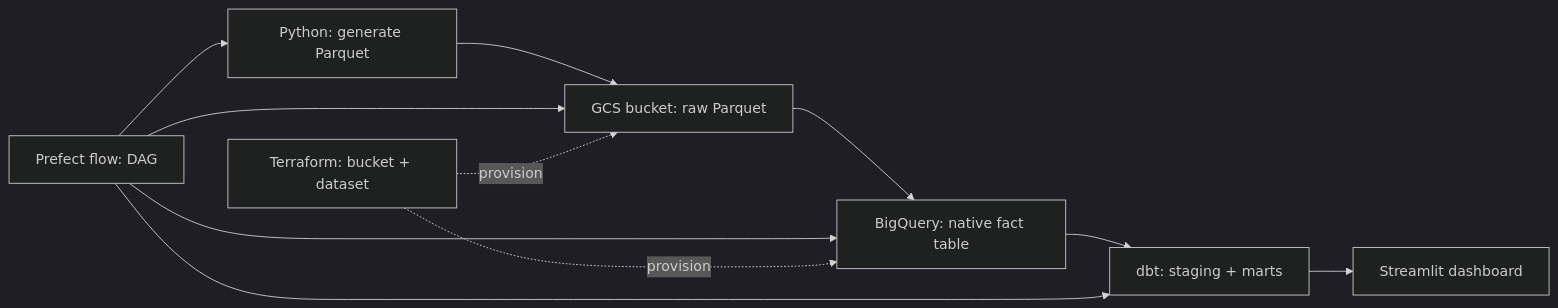
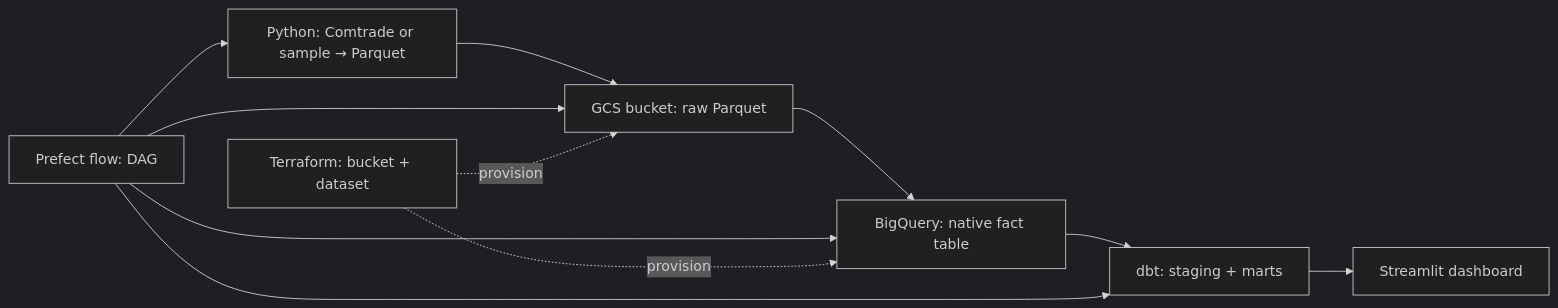
The diagram in README.md (nafiesallahu/global-trade-shocks), drawn with Mermaid (dark theme) before and after one commit. The commit also changed other lines of this file and 3 other files, not shown here.

First line of the commit message:
Add Comtrade-or-sample pipeline CLI, README polish, CI check

````diff
--- a/README.md
+++ b/README.md
@@ -17,13 +28,13 @@
 ```mermaid
 flowchart LR
-  A[Python: generate Parquet] --> B[GCS bucket: raw Parquet]
+  A[Python: Comtrade or sample → Parquet] --> B[GCS bucket: raw Parquet]
   B --> C[BigQuery: native fact table]
   C --> D[dbt: staging + marts]
   D --> E[Streamlit dashboard]
   P[Prefect flow: DAG] --> A
   P --> B
   P --> C
   P --> D
   TF[Terraform: bucket + dataset] -. provision .-> B
   TF -. provision .-> C
 ```
````
